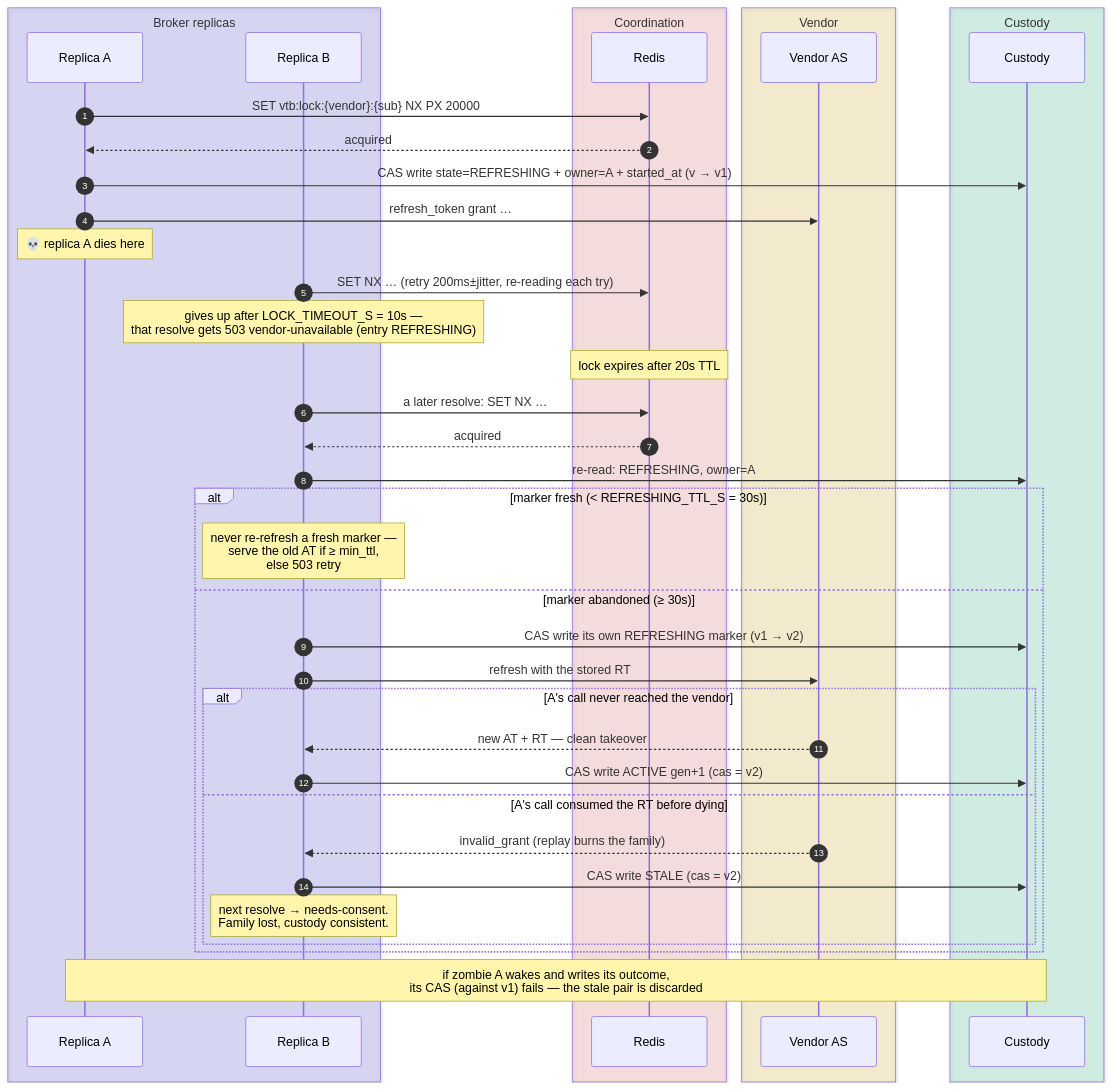
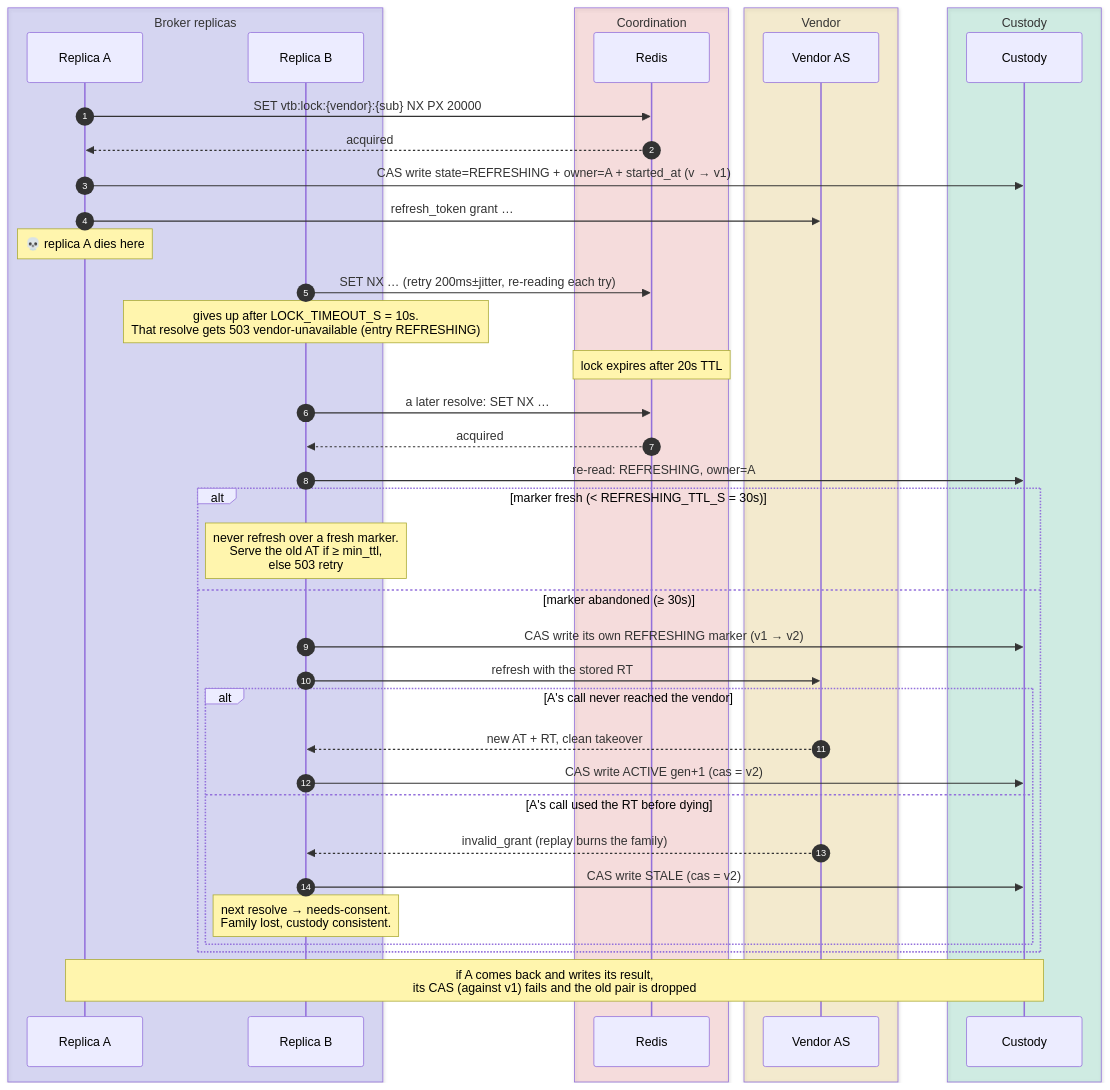
The sixth of 10 diagrams in docs/token-lifecycle.md (chief-builder/vendor-token-broker), drawn with Mermaid before and after one commit. The commit also changed other lines of this file and 14 other files, not shown here.

````diff
--- a/docs/token-lifecycle.md
+++ b/docs/token-lifecycle.md
@@ -259,44 +294,44 @@
 ```mermaid
 sequenceDiagram
     autonumber
     box rgba(99,102,241,0.20) Broker replicas
         participant A as Replica A
         participant Bb as Replica B
     end
     box rgba(239,68,68,0.14) Coordination
         participant R as Redis
     end
     box rgba(234,179,8,0.16) Vendor
         participant V as Vendor AS
     end
     box rgba(16,185,129,0.16) Custody
         participant K as Custody
     end
 
     A->>R: SET vtb:lock:{vendor}:{sub} NX PX 20000
     R-->>A: acquired
     A->>K: CAS write state=REFRESHING + owner=A + started_at (v → v1)
     A->>V: refresh_token grant …
     Note over A: 💀 replica A dies here
     Bb->>R: SET NX … (retry 200ms±jitter, re-reading each try)
-    Note over Bb: gives up after LOCK_TIMEOUT_S = 10s —<br/>that resolve gets 503 vendor-unavailable (entry REFRESHING)
+    Note over Bb: gives up after LOCK_TIMEOUT_S = 10s.<br/>That resolve gets 503 vendor-unavailable (entry REFRESHING)
     Note over R: lock expires after 20s TTL
     Bb->>R: a later resolve: SET NX …
     R-->>Bb: acquired
     Bb->>K: re-read: REFRESHING, owner=A
     alt marker fresh (< REFRESHING_TTL_S = 30s)
-        Note over Bb: never re-refresh a fresh marker —<br/>serve the old AT if ≥ min_ttl,<br/>else 503 retry
+        Note over Bb: never refresh over a fresh marker.<br/>Serve the old AT if ≥ min_ttl,<br/>else 503 retry
     else marker abandoned (≥ 30s)
         Bb->>K: CAS write its own REFRESHING marker (v1 → v2)
         Bb->>V: refresh with the stored RT
         alt A's call never reached the vendor
-            V-->>Bb: new AT + RT — clean takeover
+            V-->>Bb: new AT + RT, clean takeover
             Bb->>K: CAS write ACTIVE gen+1 (cas = v2)
-        else A's call consumed the RT before dying
+        else A's call used the RT before dying
             V-->>Bb: invalid_grant (replay burns the family)
             Bb->>K: CAS write STALE (cas = v2)
             Note over Bb: next resolve → needs-consent.<br/>Family lost, custody consistent.
         end
     end
-    Note over A,K: if zombie A wakes and writes its outcome,<br/>its CAS (against v1) fails — the stale pair is discarded
+    Note over A,K: if A comes back and writes its result,<br/>its CAS (against v1) fails and the old pair is dropped
 ```
````
